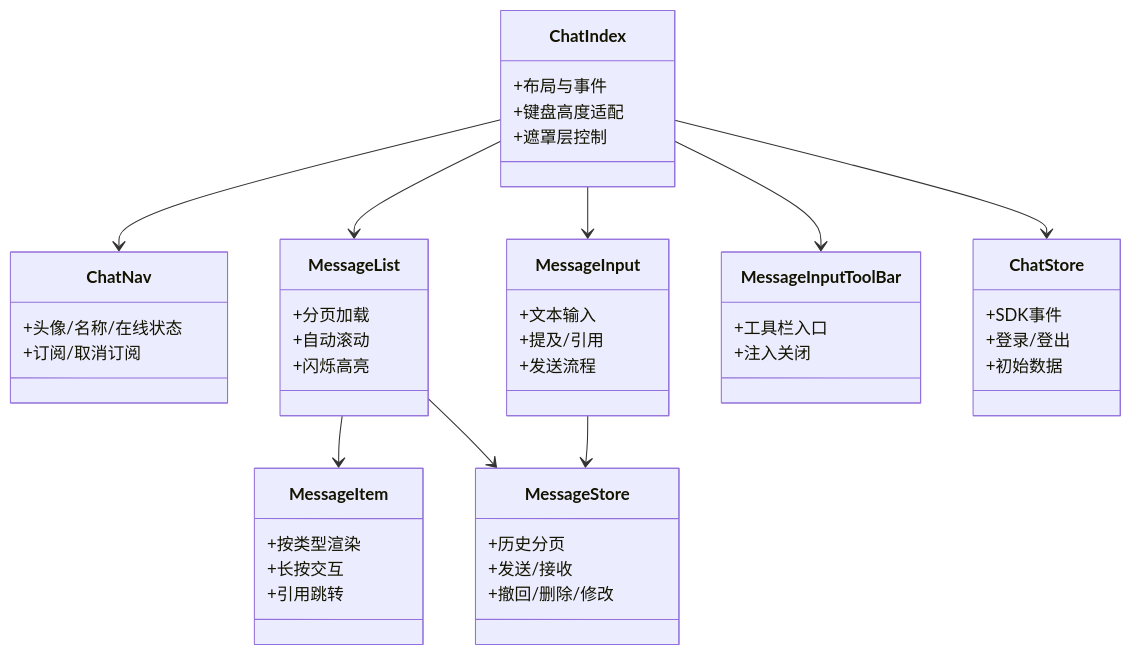
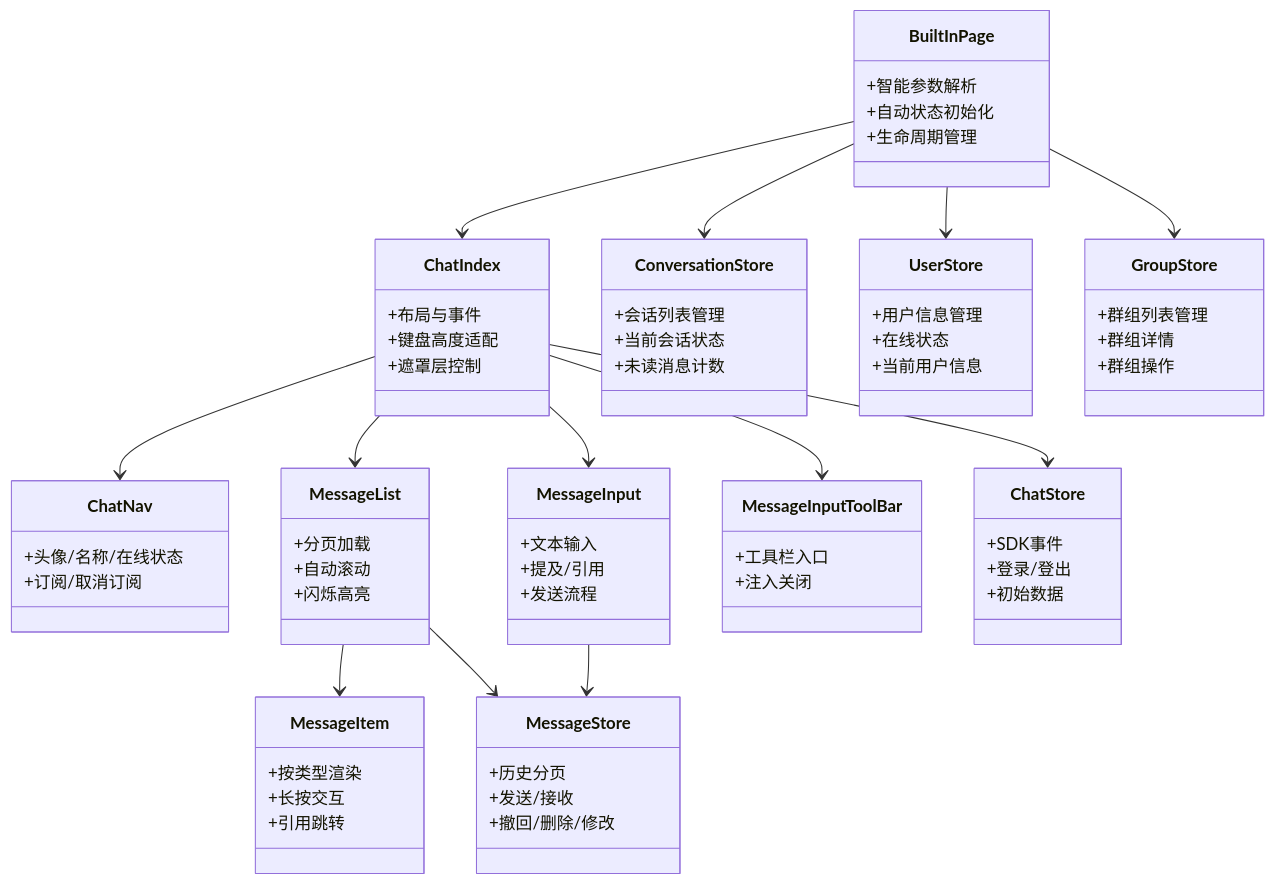
The third of 3 diagrams in .qoder/repowiki/zh/content/聊天模块/聊天模块.md (Easemob-Community/easemob-uikit-uniapp-community), drawn with Mermaid before and after one commit. The commit also changed other lines of this file and 11 other files, not shown here.

````diff
--- a/.qoder/repowiki/zh/content/聊天模块/聊天模块.md
+++ b/.qoder/repowiki/zh/content/聊天模块/聊天模块.md
@@ -342,49 +460,73 @@
 ```mermaid
 classDiagram
+class BuiltInPage {
++智能参数解析
++自动状态初始化
++生命周期管理
+}
 class ChatIndex {
 +布局与事件
 +键盘高度适配
 +遮罩层控制
 }
 class ChatNav {
 +头像/名称/在线状态
 +订阅/取消订阅
 }
 class MessageList {
 +分页加载
 +自动滚动
 +闪烁高亮
 }
 class MessageItem {
 +按类型渲染
 +长按交互
 +引用跳转
 }
 class MessageInput {
 +文本输入
 +提及/引用
 +发送流程
 }
 class MessageInputToolBar {
 +工具栏入口
 +注入关闭
 }
 class MessageStore {
 +历史分页
 +发送/接收
 +撤回/删除/修改
 }
 class ChatStore {
 +SDK事件
 +登录/登出
 +初始数据
 }
+class ConversationStore {
++会话列表管理
++当前会话状态
++未读消息计数
+}
+class UserStore {
++用户信息管理
++在线状态
++当前用户信息
+}
+class GroupStore {
++群组列表管理
++群组详情
++群组操作
+}
+BuiltInPage --> ChatIndex
+BuiltInPage --> ConversationStore
+BuiltInPage --> UserStore
+BuiltInPage --> GroupStore
 ChatIndex --> ChatNav
 ChatIndex --> MessageList
 ChatIndex --> MessageInput
 ChatIndex --> MessageInputToolBar
 MessageList --> MessageItem
 MessageInput --> MessageStore
 MessageList --> MessageStore
 ChatIndex --> ChatStore
 ```
````
